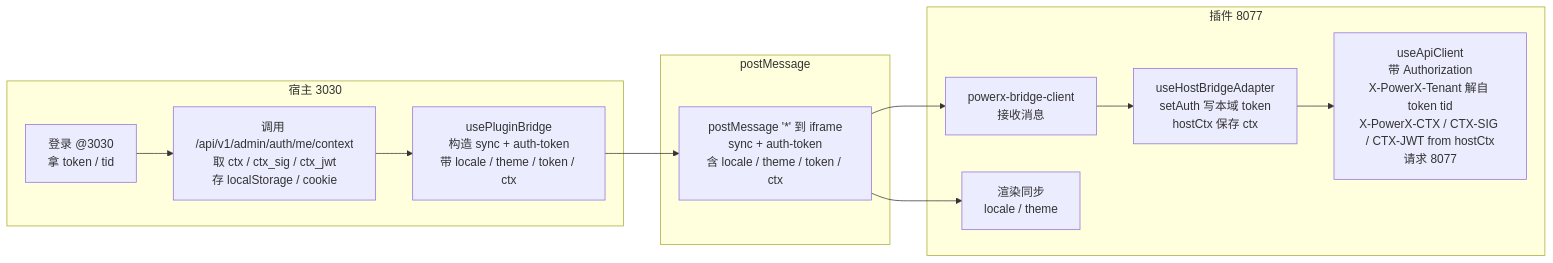
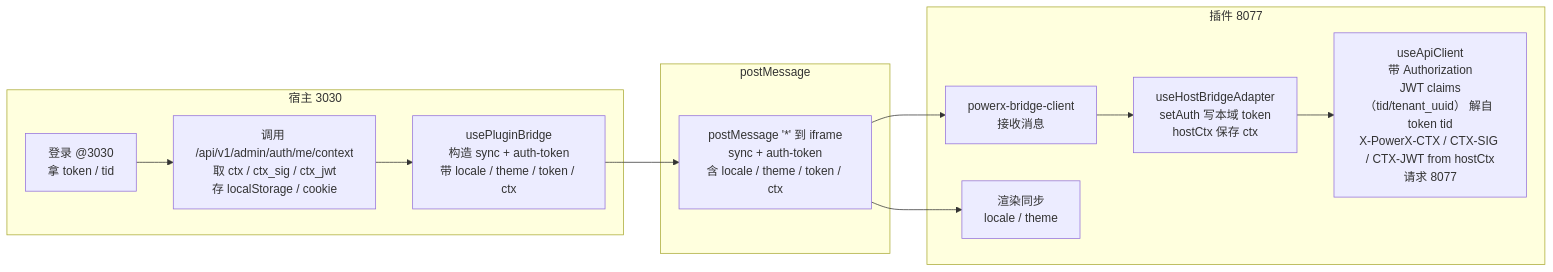
The diagram in docs/guides/plugin_release/application_runbook.md (ArtisanCloud/PowerX), drawn with Mermaid before and after one commit. The commit also changed other lines of this file and 199 other files, not shown here.

````diff
--- a/docs/guides/plugin_release/application_runbook.md
+++ b/docs/guides/plugin_release/application_runbook.md
@@ -176,19 +176,19 @@
 ```mermaid
 flowchart LR
   subgraph Host[宿主 3030]
     H1[登录 @3030<br>拿 token / tid]
     H2[调用 /api/v1/admin/auth/me/context<br>取 ctx / ctx_sig / ctx_jwt<br>存 localStorage / cookie]
     H3[usePluginBridge<br>构造 sync + auth-token<br>带 locale / theme / token / ctx]
   end
   subgraph Bridge[postMessage]
     M[postMessage '*' 到 iframe<br>sync + auth-token<br>含 locale / theme / token / ctx]
   end
   subgraph Plugin[插件 8077]
     P1[powerx-bridge-client<br>接收消息]
     P2[useHostBridgeAdapter<br>setAuth 写本域 token<br>hostCtx 保存 ctx]
-    P3[useApiClient<br>带 Authorization<br>X-PowerX-Tenant 解自 token tid<br>X-PowerX-CTX / CTX-SIG / CTX-JWT from hostCtx<br>请求 8077]
+    P3[useApiClient<br>带 Authorization<br>JWT claims（tid/tenant_uuid） 解自 token tid<br>X-PowerX-CTX / CTX-SIG / CTX-JWT from hostCtx<br>请求 8077]
     P4[渲染同步<br>locale / theme]
   end
   H1 --> H2 --> H3 --> M --> P1 --> P2 --> P3
   M --> P4
 ```
````
